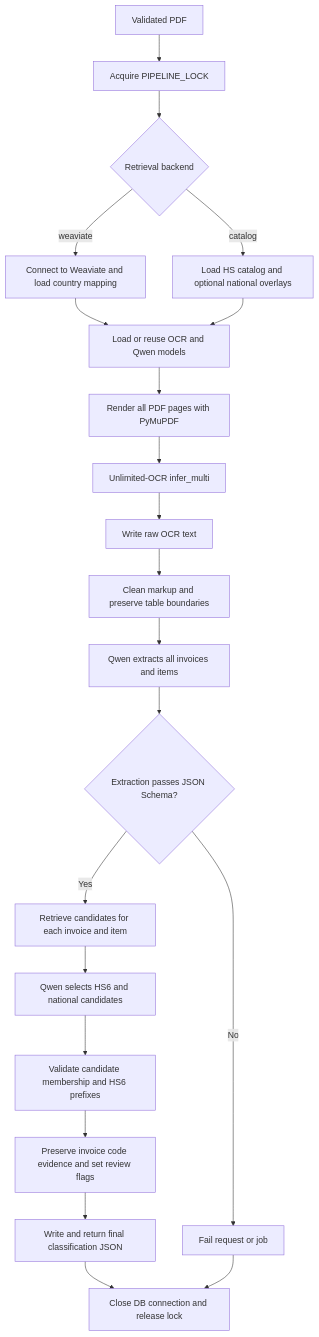
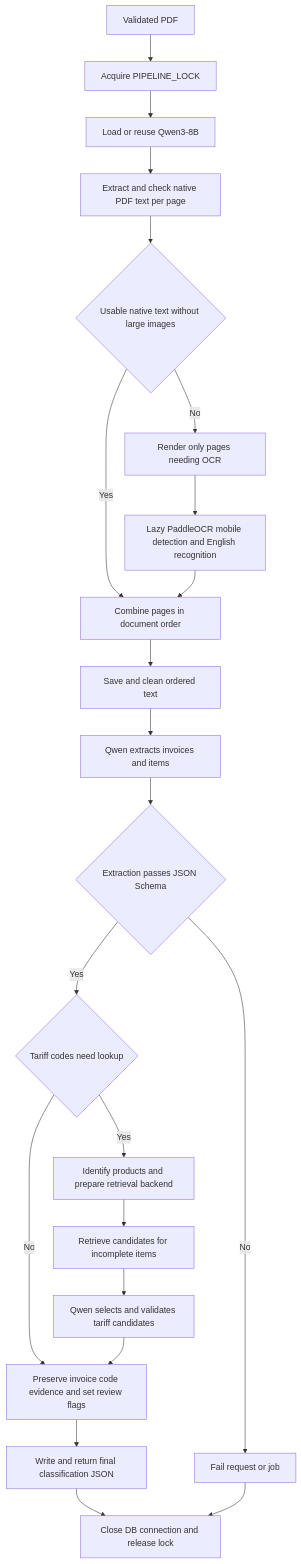
One commit to Bugslogger/ocr-ai changed the fifth of 8 diagrams in document.md. Above: the diagram before and after it, drawn with Mermaid. The commit also changed other lines of this file and 35 other files, not shown here.

````diff
--- a/document.md
+++ b/document.md
@@ -515,23 +523,24 @@
 ```mermaid
 flowchart TD
     PDF[Validated PDF] --> Lock[Acquire PIPELINE_LOCK]
-    Lock --> Backend{Retrieval backend}
-    Backend -->|weaviate| DB[Connect to Weaviate and load country mapping]
-    Backend -->|catalog| Catalog[Load HS catalog and optional national overlays]
-    DB --> Models[Load or reuse OCR and Qwen models]
-    Catalog --> Models
-    Models --> Render[Render all PDF pages with PyMuPDF]
-    Render --> OCR[Unlimited-OCR infer_multi]
-    OCR --> Raw[Write raw OCR text]
-    Raw --> Clean[Clean markup and preserve table boundaries]
-    Clean --> Extract[Qwen extracts all invoices and items]
-    Extract --> Schema{Extraction passes JSON Schema?}
+    Lock --> Models[Load or reuse Qwen3-8B]
+    Models --> Native[Extract and check native PDF text per page]
+    Native --> Usable{Usable native text without large images}
+    Usable -->|Yes| Combine[Combine pages in document order]
+    Usable -->|No| Render[Render only pages needing OCR]
+    Render --> OCR[Lazy PaddleOCR mobile detection and English recognition]
+    OCR --> Combine
+    Combine --> Clean[Save and clean ordered text]
+    Clean --> Extract[Qwen extracts invoices and items]
+    Extract --> Schema{Extraction passes JSON Schema}
     Schema -->|No| Error[Fail request or job]
-    Schema -->|Yes| Candidates[Retrieve candidates for each invoice and item]
-    Candidates --> Select[Qwen selects HS6 and national candidates]
-    Select --> Check[Validate candidate membership and HS6 prefixes]
-    Check --> Evidence[Preserve invoice code evidence and set review flags]
+    Schema -->|Yes| Missing{Tariff codes need lookup}
+    Missing -->|Yes| Products[Identify products and prepare retrieval backend]
+    Products --> Candidates[Retrieve candidates for incomplete items]
+    Missing -->|No| Evidence[Preserve invoice code evidence and set review flags]
+    Candidates --> Select[Qwen selects and validates tariff candidates]
+    Select --> Evidence
     Evidence --> Final[Write and return final classification JSON]
     Final --> Cleanup[Close DB connection and release lock]
     Error --> Cleanup
 ```
````
